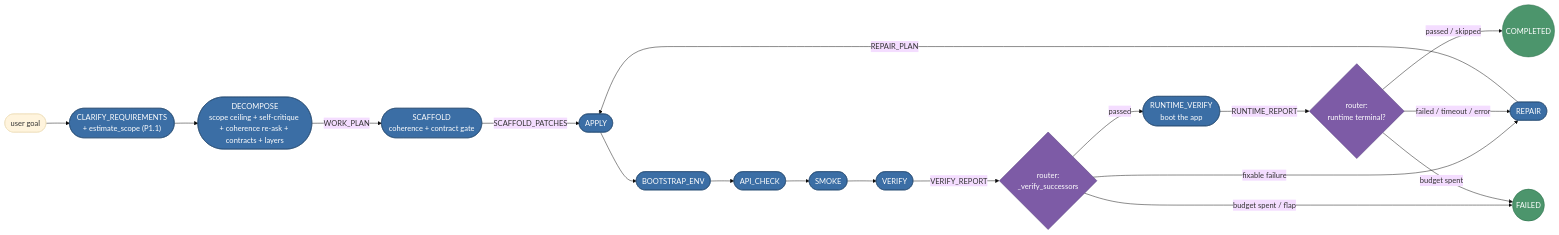
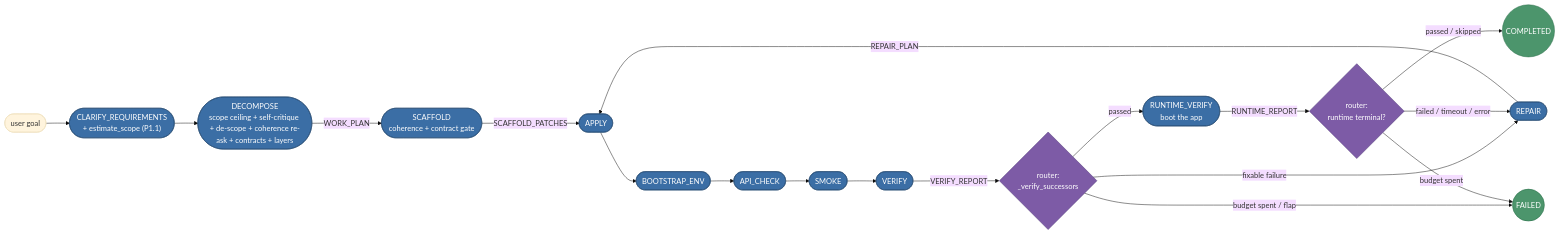
The second of 3 diagrams in docs/Agent.md (raminmohammadi/CGX), drawn with Mermaid (base theme) before and after one commit. The commit also changed other lines of this file and 6 other files, not shown here.

````diff
--- a/docs/Agent.md
+++ b/docs/Agent.md
@@ -683,24 +688,24 @@
 ```mermaid
 flowchart LR
     U([user goal]) --> CQ(["CLARIFY_REQUIREMENTS<br/>+ estimate_scope (P1.1)"])
-    CQ --> DEC(["DECOMPOSE<br/>scope ceiling + self-critique + coherence re-ask + contracts + layers"])
+    CQ --> DEC(["DECOMPOSE<br/>scope ceiling + self-critique + de-scope + coherence re-ask + contracts + layers"])
     DEC -->|WORK_PLAN| SCA(["SCAFFOLD<br/>coherence + contract gate"])
     SCA -->|SCAFFOLD_PATCHES| APP(["APPLY"])
     APP --> BS(["BOOTSTRAP_ENV"]) --> AC(["API_CHECK"]) --> SM(["SMOKE"]) --> VER(["VERIFY"])
     VER -->|VERIFY_REPORT| J{"router:<br/>_verify_successors"}
     J -->|passed| RUN(["RUNTIME_VERIFY<br/>boot the app"])
     J -->|fixable failure| REP(["REPAIR"])
     RUN -->|RUNTIME_REPORT| J2{"router:<br/>runtime terminal?"}
     J2 -->|passed / skipped| OK((COMPLETED))
     J2 -->|failed / timeout / error| REP
     REP -->|REPAIR_PLAN| APP
     J -->|budget spent / flap| NO((FAILED))
     J2 -->|budget spent| NO
 
     classDef road fill:#3b6ea5,stroke:#274c73,color:#fff;
     classDef gate fill:#7d5ba6,stroke:#4c3575,color:#fff;
     classDef term fill:#4c956c,stroke:#2c6e49,color:#fff;
     class CQ,DEC,SCA,APP,BS,AC,SM,VER,RUN,REP road;
     class J,J2 gate;
     class OK,NO term;
 ```
````
